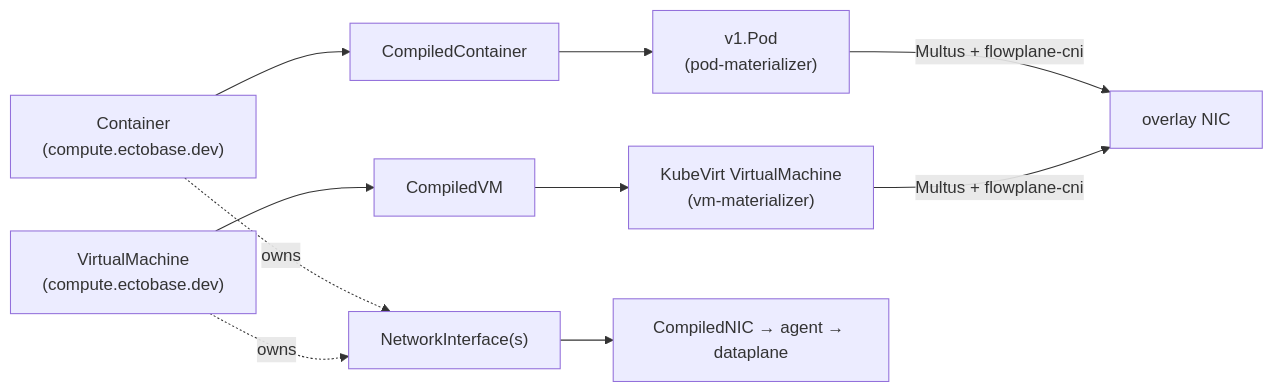
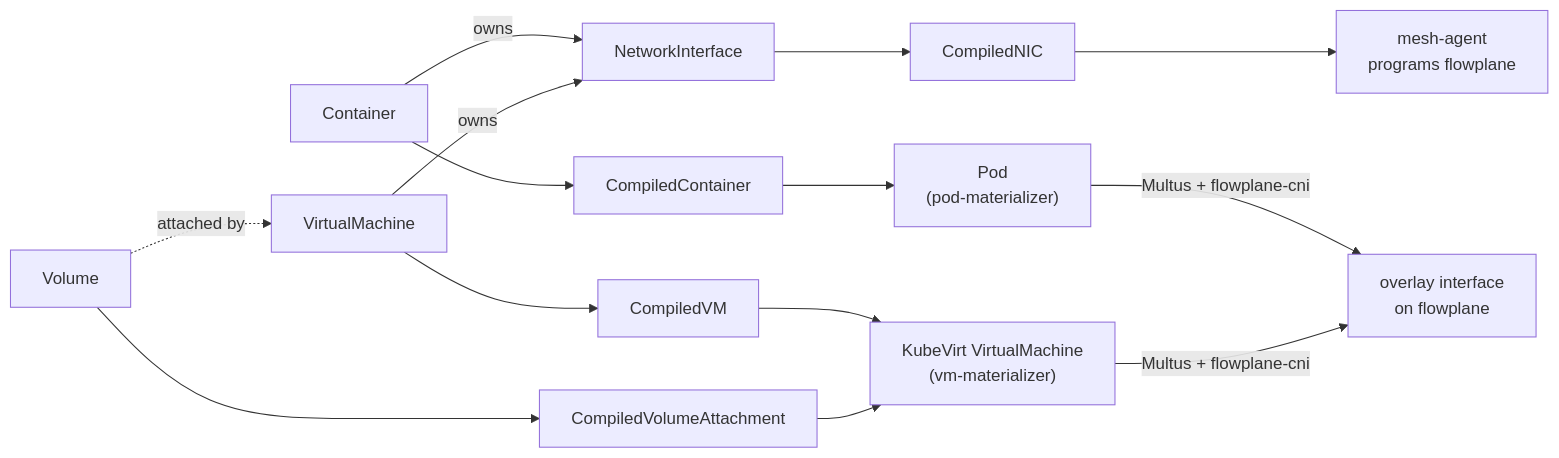
One commit to trevex/ectobase changed the diagram in docs/concepts/workloads.md. Above: the diagram before and after it, drawn with Mermaid. The commit also changed other lines of this file and 57 other files, not shown here.

First line of the commit message:
docs: rework concepts, architecture, networking, operating, reference and contributing

````diff
--- a/docs/concepts/workloads.md
+++ b/docs/concepts/workloads.md
@@ -11,9 +8,14 @@
 ```mermaid
 flowchart LR
-    ctr["Container<br/>(compute.ectobase.dev)"] --> cctr["CompiledContainer"] --> pod["v1.Pod<br/>(pod-materializer)"]
-    vm["VirtualMachine<br/>(compute.ectobase.dev)"] --> cvm["CompiledVM"] --> kvvm["KubeVirt VirtualMachine<br/>(vm-materializer)"]
-    ctr -.owns.-> nic["NetworkInterface(s)"]
-    vm -.owns.-> nic
-    nic --> cnic["CompiledNIC → agent → dataplane"]
-    pod & kvvm -->|Multus + flowplane-cni| overlay["overlay NIC"]
+    nic["NetworkInterface"] --> cnic["CompiledNIC"] --> agent["mesh-agent<br/>programs flowplane"]
+
+    ctr["Container"] -->|owns| nic
+    vm["VirtualMachine"] -->|owns| nic
+    vol["Volume"] -.->|attached by| vm
+
+    ctr --> cctr["CompiledContainer"] --> pod["Pod<br/>(pod-materializer)"]
+    vm --> cvm["CompiledVM"] --> kv["KubeVirt VirtualMachine<br/>(vm-materializer)"]
+    vol --> cva["CompiledVolumeAttachment"] --> kv
+
+    pod & kv -->|"Multus + flowplane-cni"| fp["overlay interface<br/>on flowplane"]
 ```
````
